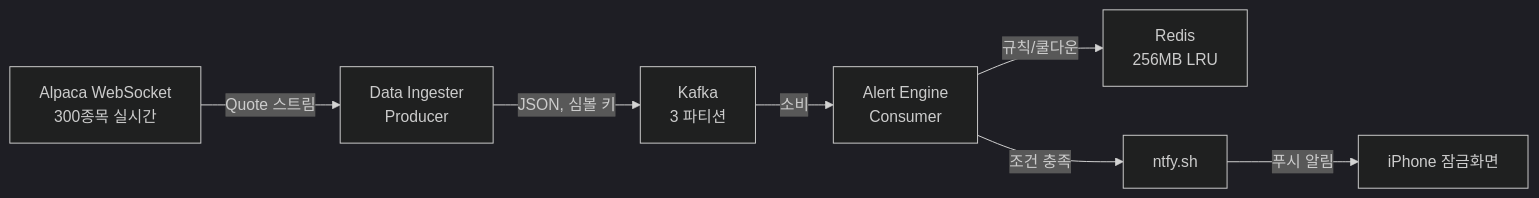
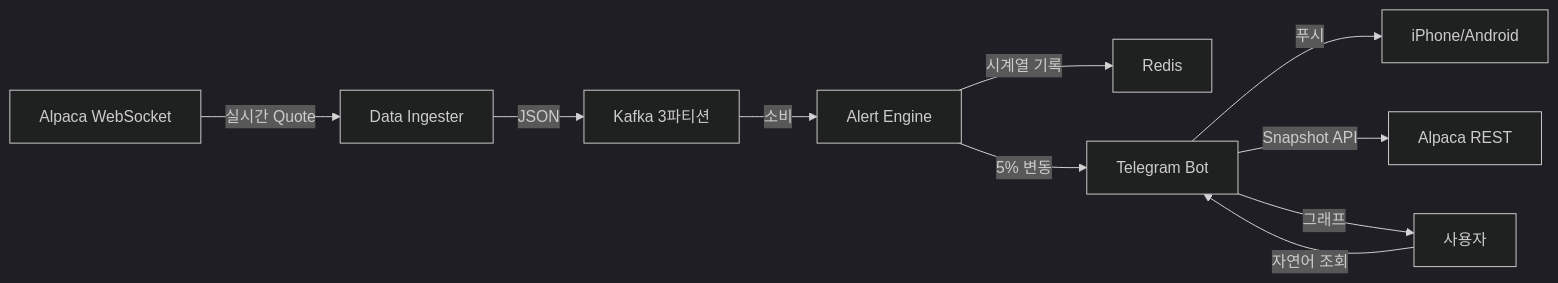
One commit to jaemanc/alpaca_api changed the first of 3 diagrams in README.md. Above: the diagram before and after it, drawn with Mermaid (dark theme). The commit also changed other lines of this file, not shown here.

Commit message:
docs: README 전면 갱신 — 텔레그램 봇 구조, 자연어 조회, 시계열

````diff
--- a/README.md
+++ b/README.md
@@ -7,9 +9,13 @@
 ```mermaid
 graph LR
-    A[Alpaca WebSocket<br/>300종목 실시간] -->|Quote 스트림| B[Data Ingester<br/>Producer]
-    B -->|JSON, 심볼 키| C[Kafka<br/>3 파티션]
-    C -->|소비| D[Alert Engine<br/>Consumer]
-    D -->|규칙/쿨다운| E[Redis<br/>256MB LRU]
-    D -->|조건 충족| F[ntfy.sh]
-    F -->|푸시 알림| G[iPhone 잠금화면]
+    A[Alpaca WebSocket] -->|실시간 Quote| B[Data Ingester]
+    B -->|JSON| C[Kafka 3파티션]
+    C -->|소비| D[Alert Engine]
+    D -->|시계열 기록| E[Redis]
+    D -->|5% 변동| F[Telegram Bot]
+    F -->|푸시| G[iPhone/Android]
+    
+    H[사용자] -->|자연어 조회| F
+    F -->|Snapshot API| A2[Alpaca REST]
+    F -->|그래프| H
 ```
````
